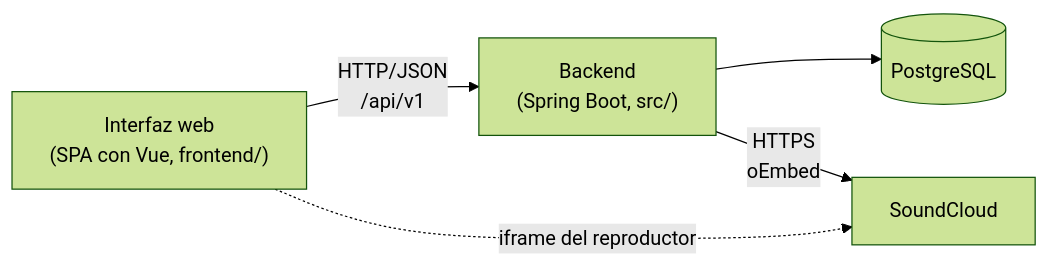
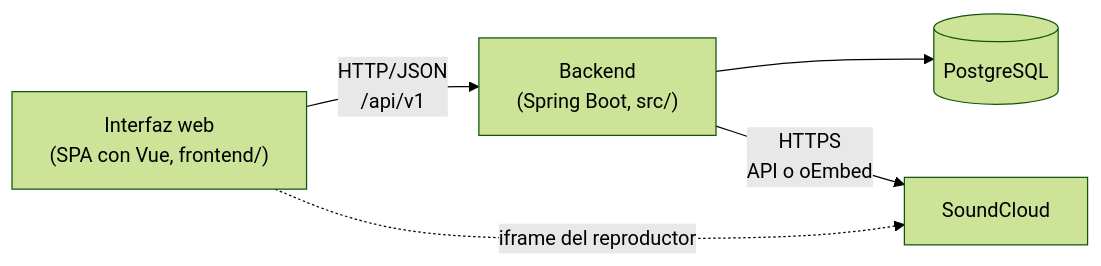
Before and after one commit to SE-7003-2027/memelomanos-finder-de-conciertos: the first of 3 diagrams in docs/arquitectura.md, drawn with Mermaid (forest theme). The commit also changed other lines of this file and 3 other files, not shown here.

First line of the commit message:
docs: documentar el uso de credenciales de SoundCloud

````diff
--- a/docs/arquitectura.md
+++ b/docs/arquitectura.md
@@ -12,7 +12,7 @@
 ```mermaid
 flowchart LR
     UI["Interfaz web<br/>(SPA con Vue, frontend/)"] -- "HTTP/JSON<br/>/api/v1" --> API["Backend<br/>(Spring Boot, src/)"]
     API --> DB[("PostgreSQL")]
-    API -- "HTTPS<br/>oEmbed" --> SC["SoundCloud"]
+    API -- "HTTPS<br/>API o oEmbed" --> SC["SoundCloud"]
     UI -. "iframe del reproductor" .-> SC
 ```
````
